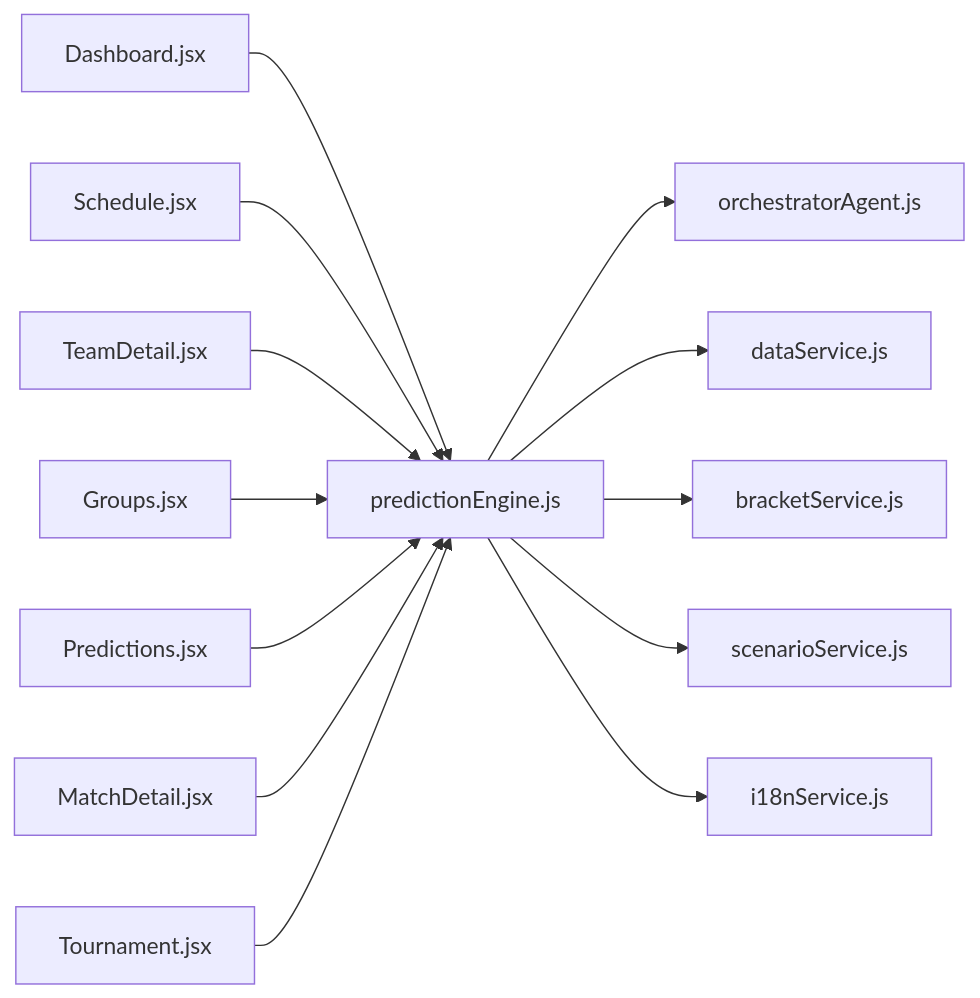
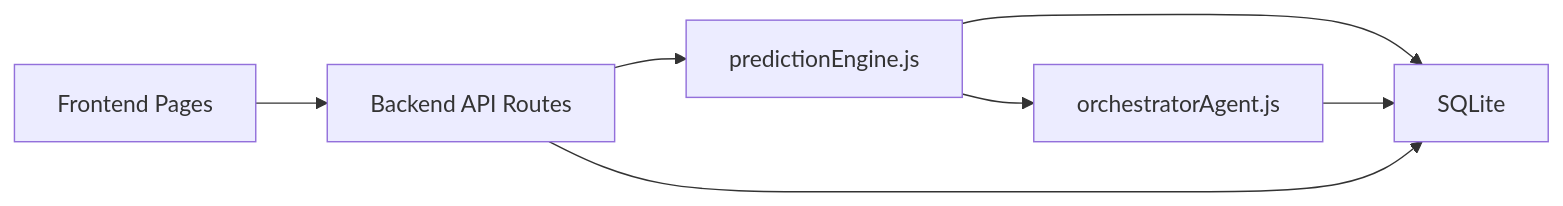
The tenth of 10 diagrams in .qoder/repowiki/en/content/Project Overview/Key Features.md (cheesiong/WC26-qwen), drawn with Mermaid before and after one commit. The commit also changed other lines of this file and 181 other files, not shown here.

````diff
--- a/.qoder/repowiki/en/content/Project Overview/Key Features.md
+++ b/.qoder/repowiki/en/content/Project Overview/Key Features.md
@@ -290,15 +353,9 @@
 ```mermaid
 graph LR
-PE["predictionEngine.js"] --> OA["orchestratorAgent.js"]
-PE --> DS["dataService.js"]
-PE --> BS["bracketService.js"]
-PE --> SS["scenarioService.js"]
-PE --> I18N["i18nService.js"]
-FE_Dash["Dashboard.jsx"] --> PE
-FE_Sched["Schedule.jsx"] --> PE
-FE_Team["TeamDetail.jsx"] --> PE
-FE_Groups["Groups.jsx"] --> PE
-FE_Preds["Predictions.jsx"] --> PE
-FE_Match["MatchDetail.jsx"] --> PE
-FE_Tourn["Tournament.jsx"] --> PE
+FE["Frontend Pages"] --> API["Backend API Routes"]
+API --> PE["predictionEngine.js"]
+PE --> OA["orchestratorAgent.js"]
+PE --> DB["SQLite"]
+OA --> DB
+API --> DB
 ```
````
